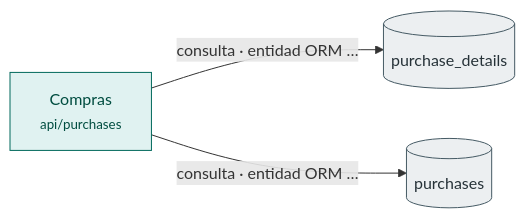
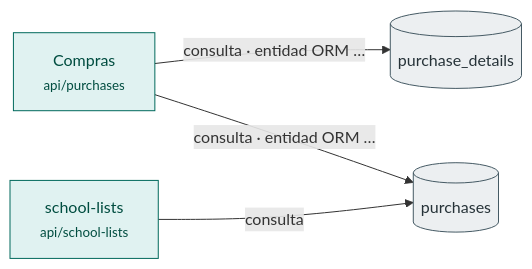
One commit to krezoiv/Comercial-Jhoel-Api changed the diagram in docs/flowcharts/database/table-usage-purchases.mmd. Above: the diagram before and after it, drawn with Mermaid. The commit also changed 179 other files, not shown here.

```diff
--- a/docs/flowcharts/database/table-usage-purchases.mmd
+++ b/docs/flowcharts/database/table-usage-purchases.mmd
@@ -1,28 +1,30 @@
 %% @generado: docs/codebase-study/tools/flowcharts.js (no editar a mano; se regenera)
 %% @titulo: Qué módulos usan las tablas — Compras
 %% @modulo: Compras (purchases)
 %% @representa: Módulos del backend que usan cada tabla y cómo: entidad TypeORM, consulta SQL, escritura SQL directa o escritura a través de una función PL/pgSQL
 %% @inicio: Código de comercial-jhoel-api/src/modules (sin migraciones ni pruebas)
 %% @archivos: comercial-jhoel-api/src/modules (repositorios en infrastructure/persistence de cada módulo)
 %% @decisiones: No aplica
 %% @datos: purchase_details, purchases
 %% @fin: No aplica
 %% @errores: No aplica
 flowchart LR
   n1[("purchase_details")]
   n2["Compras<br/><small>api/purchases</small>"]
   n3[("purchases")]
+  n4["school-lists<br/><small>api/school-lists</small>"]
   n2 -->|consulta · entidad ORM …| n1
   n2 -->|consulta · entidad ORM …| n3
+  n4 -->|consulta| n3
   classDef start fill:#e8f5e9,stroke:#2e7d32,color:#1b5e20
   classDef fe fill:#e3f2fd,stroke:#1565c0,color:#0d47a1
   classDef api fill:#ede7f6,stroke:#4527a0,color:#311b92
   classDef app fill:#e0f2f1,stroke:#00695c,color:#004d40
   classDef dom fill:#fff8e1,stroke:#f9a825,color:#5d4037
   classDef infra fill:#f3e5f5,stroke:#6a1b9a,color:#4a148c
   classDef db fill:#eceff1,stroke:#455a64,color:#263238
   classDef dec fill:#fffde7,stroke:#f57f17,color:#3e2723
   classDef err fill:#ffebee,stroke:#c62828,color:#b71c1c
   classDef ok fill:#e8f5e9,stroke:#1b5e20,color:#1b5e20
   class n1,n3 db
-  class n2 app
+  class n2,n4 app
```
